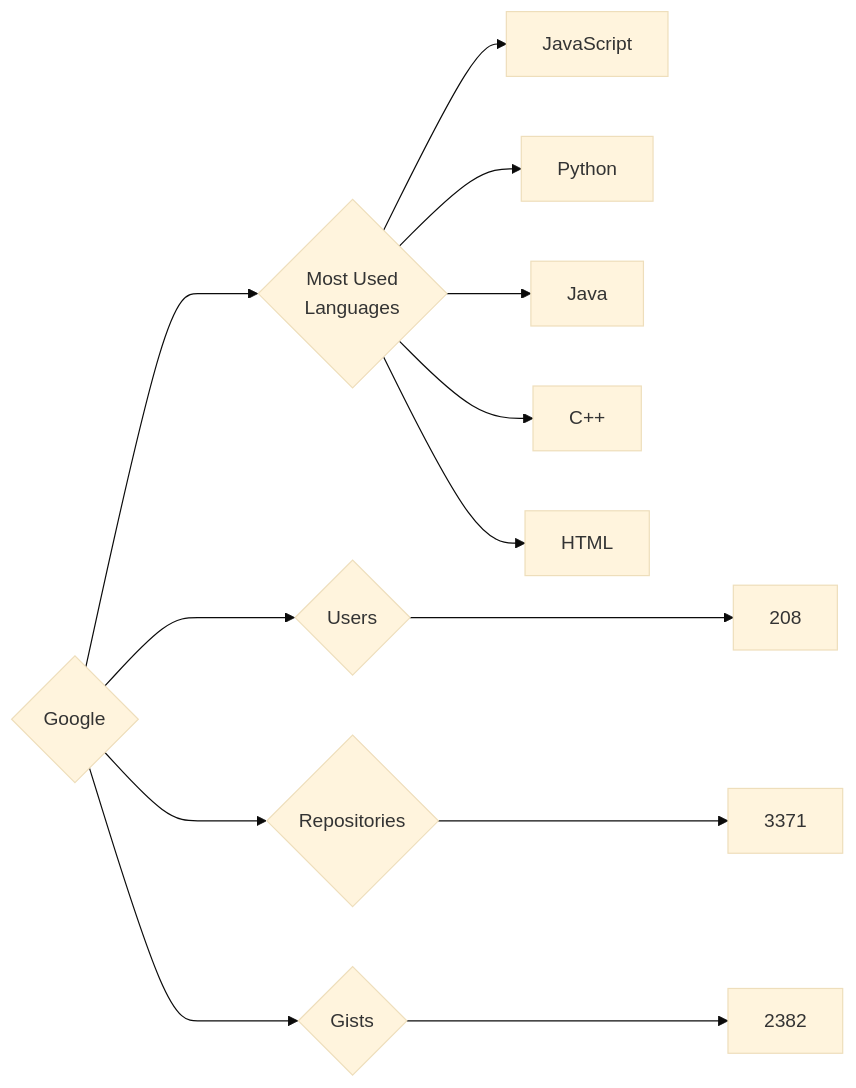
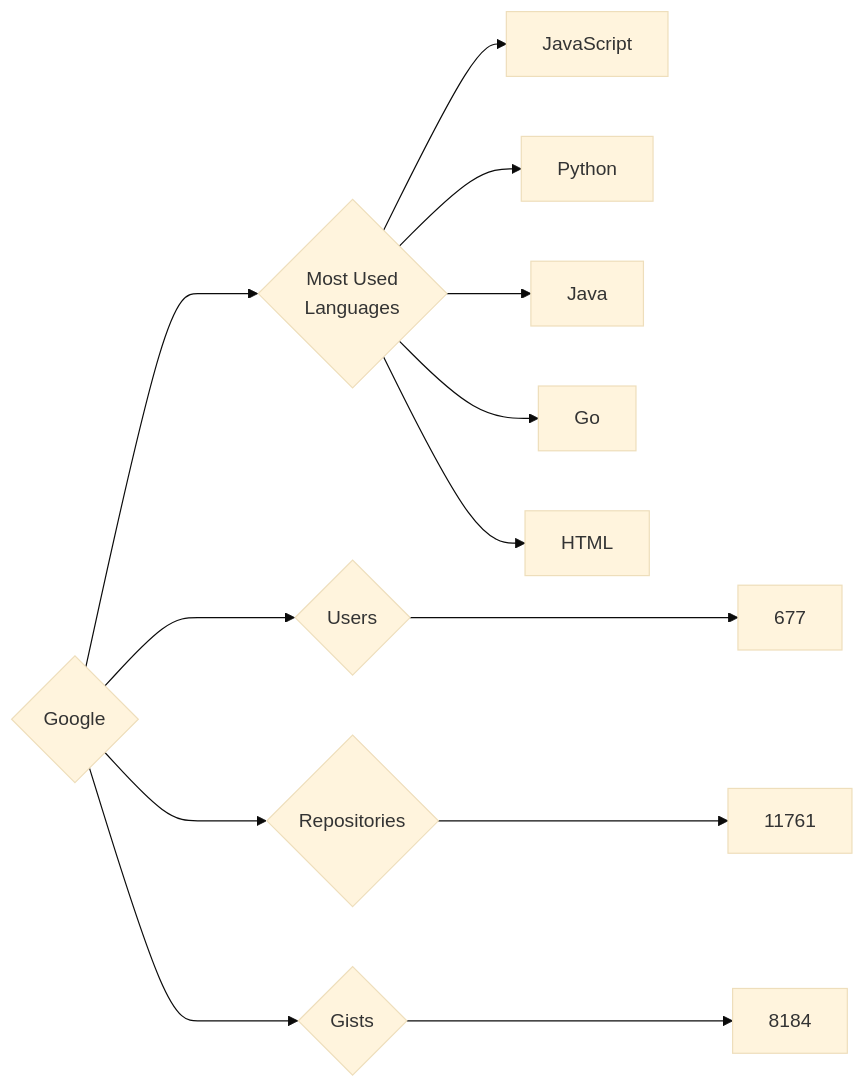
One commit to trickest/insiders changed the diagram in targets/Google/README.md. Above: the diagram before and after it, drawn with Mermaid (base theme). The commit also changed 809 other files, not shown here.

````diff
--- a/targets/Google/README.md
+++ b/targets/Google/README.md
@@ -3,13 +3,13 @@
 ```mermaid
 graph LR
 COMPANY_NAME{Google}
-COMPANY_NAME ---> U{Users} ---> UN[208]
-COMPANY_NAME ---> R{Repositories} ---> RN[3371]
-COMPANY_NAME ---> G{Gists} ---> GN[2382]
+COMPANY_NAME ---> U{Users} ---> UN[677]
+COMPANY_NAME ---> R{Repositories} ---> RN[11761]
+COMPANY_NAME ---> G{Gists} ---> GN[8184]
 COMPANY_NAME ---> ML{Most Used<br>Languages}
 ML --> JavaScript[JavaScript]
 ML --> Python[Python]
 ML --> Java[Java]
-ML --> C++[C++]
+ML --> Go[Go]
 ML --> HTML[HTML]
 ```
````
